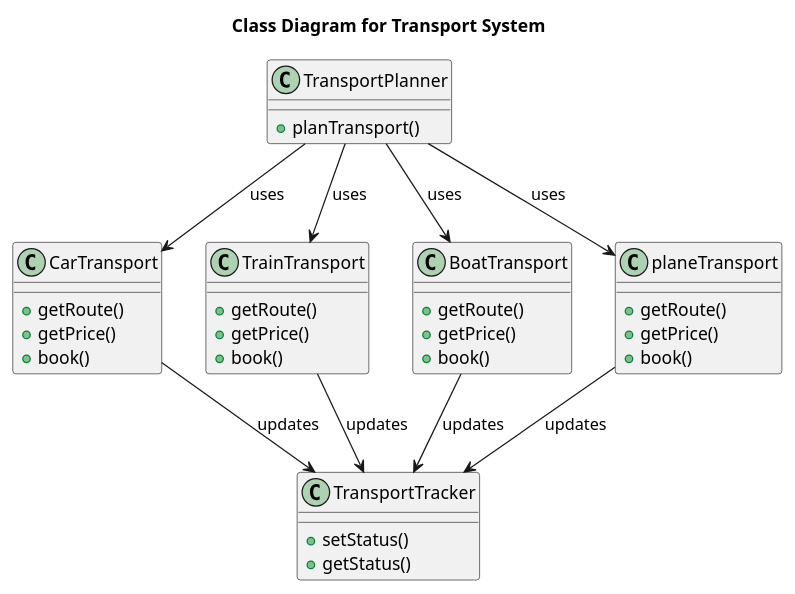
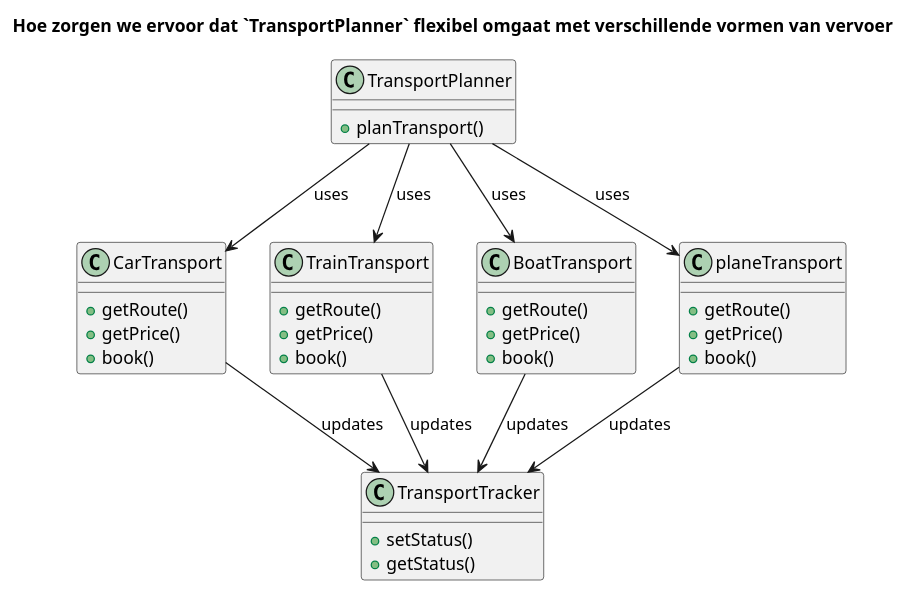
Before and after one commit to AIM-ENE-feb25/triptop-sqr-tech: the diagram in Presentatie W2/ClassDiagrams/classDiagramRick.puml, drawn with PlantUML. The commit also changed 1 other file, not shown here.

```diff
--- a/Presentatie W2/ClassDiagrams/classDiagramRick.puml
+++ b/Presentatie W2/ClassDiagrams/classDiagramRick.puml
@@ -2,48 +2,49 @@
 @startuml
-title Class Diagram for Transport System
+title Hoe zorgen we ervoor dat `TransportPlanner` flexibel omgaat met verschillende vormen van vervoer
+
 
 class TransportPlanner {
     +planTransport()
 }
 
 class CarTransport {
     +getRoute()
     +getPrice()
     +book()
 }
 
 class TrainTransport {
     +getRoute()
     +getPrice()
     +book()
 }
 
 class BoatTransport {
     +getRoute()
     +getPrice()
     +book()
 }
 
 class planeTransport {
     +getRoute()
     +getPrice()
     +book()
 }
 class TransportTracker {
     +setStatus()
     +getStatus()
 }
 
 
 
 TransportPlanner --> CarTransport : uses
 TransportPlanner --> TrainTransport : uses
 CarTransport --> TransportTracker : updates
 TrainTransport --> TransportTracker : updates
 
 TransportPlanner --> planeTransport : uses
 TransportPlanner --> BoatTransport : uses
 BoatTransport --> TransportTracker : updates
 planeTransport --> TransportTracker : updates
 
 @enduml
```
